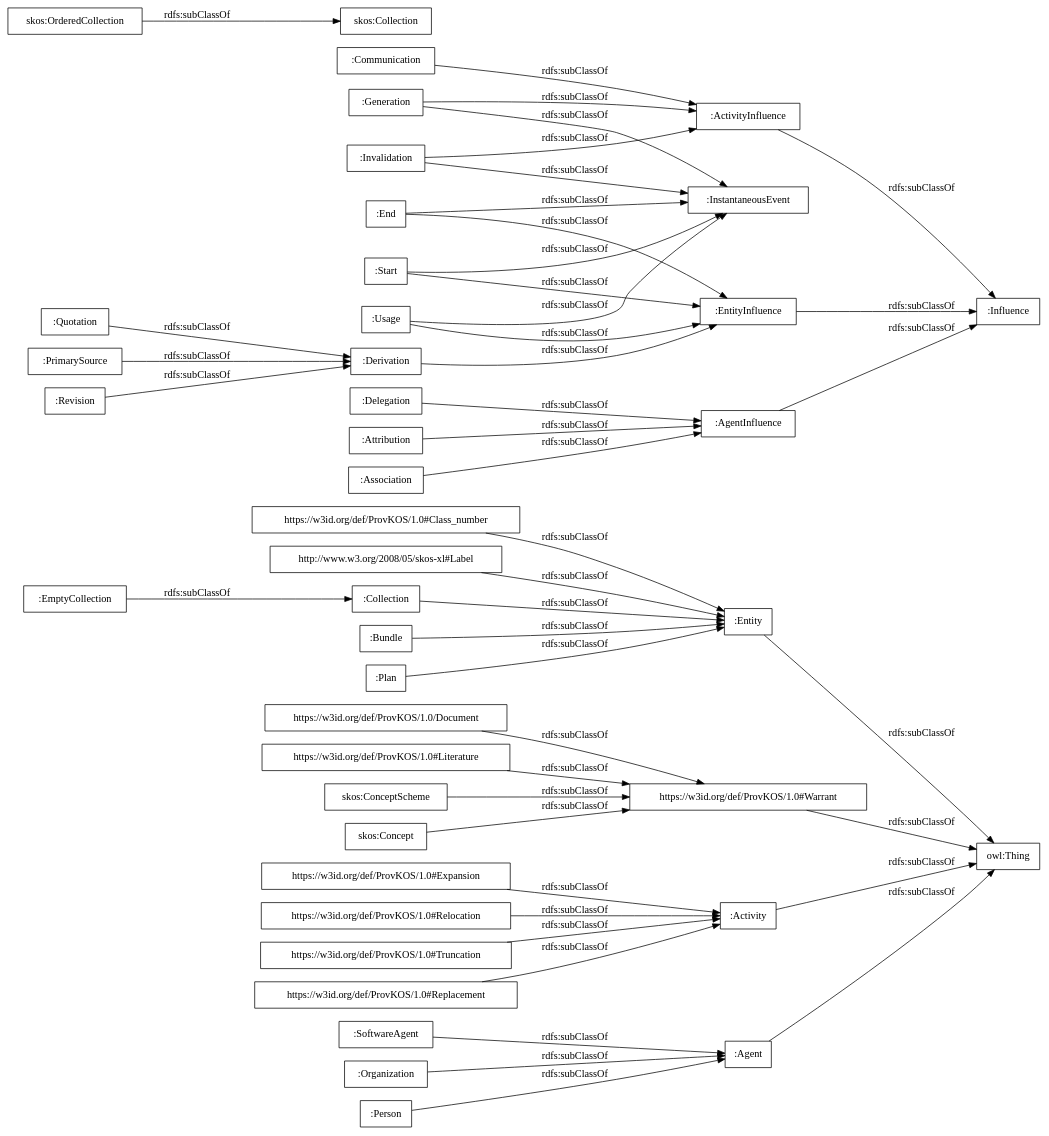
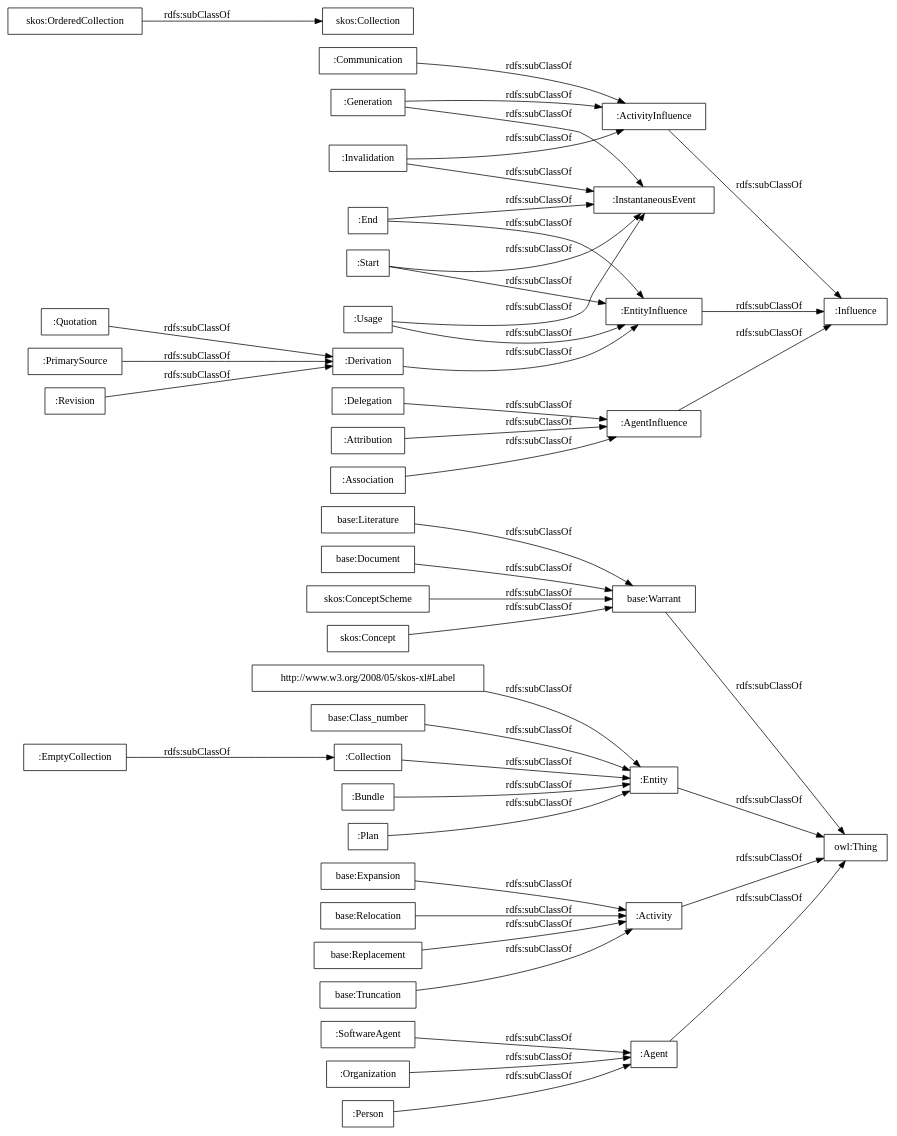
One commit to ProvKOS/Ontology changed the diagram in OnToology/ProvKOS_Ontology.ttl/diagrams/ar2dtool-taxonomy/ProvKOS_Ontology.ttl.png.dot. Above: the diagram before and after it, drawn with Graphviz. The commit also changed 47 other files, not shown here.

```diff
--- a/OnToology/ProvKOS_Ontology.ttl/diagrams/ar2dtool-taxonomy/ProvKOS_Ontology.ttl.png.dot
+++ b/OnToology/ProvKOS_Ontology.ttl/diagrams/ar2dtool-taxonomy/ProvKOS_Ontology.ttl.png.dot
@@ -1,49 +1,49 @@
 digraph ar2dtool_diagram { 
 rankdir=LR;
 size="1000"
-node [shape = rectangle, color="black"]; ":Agent" "https://w3id.org/def/ProvKOS/1.0/Document" "https://w3id.org/def/ProvKOS/1.0#Literature" "https://w3id.org/def/ProvKOS/1.0#Expansion" ":SoftwareAgent" "https://w3id.org/def/ProvKOS/1.0#Relocation" "https://w3id.org/def/ProvKOS/1.0#Truncation" ":Organization" ":Entity" "https://w3id.org/def/ProvKOS/1.0#Warrant" "https://w3id.org/def/ProvKOS/1.0#Class_number" "http://www.w3.org/2008/05/skos-xl#Label" ":Activity" "https://w3id.org/def/ProvKOS/1.0#Replacement" ":Person" ":Influence" ":End" ":Derivation" ":Quotation" ":Collection" ":InstantaneousEvent" ":Delegation" ":Invalidation" ":Bundle" ":Usage" ":Attribution" ":PrimarySource" "owl:Thing" ":ActivityInfluence" ":EmptyCollection" ":Revision" ":Communication" ":Association" ":Start" ":Plan" ":EntityInfluence" ":AgentInfluence" ":Generation" "skos:OrderedCollection" "skos:Collection" "skos:ConceptScheme" "skos:Concept" ; /*classes style*/
+node [shape = rectangle, color="black"]; ":Agent" "base:Warrant" "base:Expansion" "base:Relocation" ":SoftwareAgent" "base:Replacement" "base:Literature" "base:Truncation" ":Organization" ":Entity" "base:Document" "http://www.w3.org/2008/05/skos-xl#Label" ":Activity" "base:Class_number" ":Person" ":Influence" ":End" ":Derivation" ":Quotation" ":Collection" ":InstantaneousEvent" ":Delegation" ":Invalidation" ":Bundle" ":Usage" ":Attribution" ":PrimarySource" "owl:Thing" ":ActivityInfluence" ":EmptyCollection" ":Revision" ":Communication" ":Association" ":Start" ":Plan" ":EntityInfluence" ":AgentInfluence" ":Generation" "skos:OrderedCollection" "skos:Collection" "skos:ConceptScheme" "skos:Concept" ; /*classes style*/
 	":Revision" -> ":Derivation" [ label = "rdfs:subClassOf" ];
-	"https://w3id.org/def/ProvKOS/1.0#Literature" -> "https://w3id.org/def/ProvKOS/1.0#Warrant" [ label = "rdfs:subClassOf" ];
-	"skos:Concept" -> "https://w3id.org/def/ProvKOS/1.0#Warrant" [ label = "rdfs:subClassOf" ];
+	"skos:Concept" -> "base:Warrant" [ label = "rdfs:subClassOf" ];
 	":Association" -> ":AgentInfluence" [ label = "rdfs:subClassOf" ];
+	"base:Literature" -> "base:Warrant" [ label = "rdfs:subClassOf" ];
 	":EmptyCollection" -> ":Collection" [ label = "rdfs:subClassOf" ];
 	":Derivation" -> ":EntityInfluence" [ label = "rdfs:subClassOf" ];
 	":Plan" -> ":Entity" [ label = "rdfs:subClassOf" ];
-	"https://w3id.org/def/ProvKOS/1.0#Relocation" -> ":Activity" [ label = "rdfs:subClassOf" ];
-	"skos:ConceptScheme" -> "https://w3id.org/def/ProvKOS/1.0#Warrant" [ label = "rdfs:subClassOf" ];
+	"skos:ConceptScheme" -> "base:Warrant" [ label = "rdfs:subClassOf" ];
 	":Attribution" -> ":AgentInfluence" [ label = "rdfs:subClassOf" ];
-	"https://w3id.org/def/ProvKOS/1.0#Expansion" -> ":Activity" [ label = "rdfs:subClassOf" ];
+	"base:Relocation" -> ":Activity" [ label = "rdfs:subClassOf" ];
 	":Bundle" -> ":Entity" [ label = "rdfs:subClassOf" ];
 	":Communication" -> ":ActivityInfluence" [ label = "rdfs:subClassOf" ];
 	":EntityInfluence" -> ":Influence" [ label = "rdfs:subClassOf" ];
-	"https://w3id.org/def/ProvKOS/1.0/Document" -> "https://w3id.org/def/ProvKOS/1.0#Warrant" [ label = "rdfs:subClassOf" ];
-	"https://w3id.org/def/ProvKOS/1.0#Replacement" -> ":Activity" [ label = "rdfs:subClassOf" ];
+	"base:Expansion" -> ":Activity" [ label = "rdfs:subClassOf" ];
+	"base:Class_number" -> ":Entity" [ label = "rdfs:subClassOf" ];
 	":PrimarySource" -> ":Derivation" [ label = "rdfs:subClassOf" ];
 	":SoftwareAgent" -> ":Agent" [ label = "rdfs:subClassOf" ];
 	":Person" -> ":Agent" [ label = "rdfs:subClassOf" ];
+	"base:Replacement" -> ":Activity" [ label = "rdfs:subClassOf" ];
+	"base:Document" -> "base:Warrant" [ label = "rdfs:subClassOf" ];
 	":Start" -> ":EntityInfluence" [ label = "rdfs:subClassOf" ];
 	":Start" -> ":InstantaneousEvent" [ label = "rdfs:subClassOf" ];
 	":Usage" -> ":InstantaneousEvent" [ label = "rdfs:subClassOf" ];
 	":Usage" -> ":EntityInfluence" [ label = "rdfs:subClassOf" ];
 	":Invalidation" -> ":ActivityInfluence" [ label = "rdfs:subClassOf" ];
 	":Invalidation" -> ":InstantaneousEvent" [ label = "rdfs:subClassOf" ];
 	":Generation" -> ":ActivityInfluence" [ label = "rdfs:subClassOf" ];
 	":Generation" -> ":InstantaneousEvent" [ label = "rdfs:subClassOf" ];
 	":AgentInfluence" -> ":Influence" [ label = "rdfs:subClassOf" ];
 	"skos:OrderedCollection" -> "skos:Collection" [ label = "rdfs:subClassOf" ];
 	":Entity" -> "owl:Thing" [ label = "rdfs:subClassOf" ];
-	"https://w3id.org/def/ProvKOS/1.0#Truncation" -> ":Activity" [ label = "rdfs:subClassOf" ];
-	"https://w3id.org/def/ProvKOS/1.0#Class_number" -> ":Entity" [ label = "rdfs:subClassOf" ];
 	":Quotation" -> ":Derivation" [ label = "rdfs:subClassOf" ];
 	":Collection" -> ":Entity" [ label = "rdfs:subClassOf" ];
 	":Agent" -> "owl:Thing" [ label = "rdfs:subClassOf" ];
-	"https://w3id.org/def/ProvKOS/1.0#Warrant" -> "owl:Thing" [ label = "rdfs:subClassOf" ];
+	"base:Truncation" -> ":Activity" [ label = "rdfs:subClassOf" ];
+	"http://www.w3.org/2008/05/skos-xl#Label" -> ":Entity" [ label = "rdfs:subClassOf" ];
 	":Activity" -> "owl:Thing" [ label = "rdfs:subClassOf" ];
 	":Organization" -> ":Agent" [ label = "rdfs:subClassOf" ];
 	":End" -> ":EntityInfluence" [ label = "rdfs:subClassOf" ];
 	":End" -> ":InstantaneousEvent" [ label = "rdfs:subClassOf" ];
-	"http://www.w3.org/2008/05/skos-xl#Label" -> ":Entity" [ label = "rdfs:subClassOf" ];
+	"base:Warrant" -> "owl:Thing" [ label = "rdfs:subClassOf" ];
 	":ActivityInfluence" -> ":Influence" [ label = "rdfs:subClassOf" ];
 	":Delegation" -> ":AgentInfluence" [ label = "rdfs:subClassOf" ];
 
 }
```
